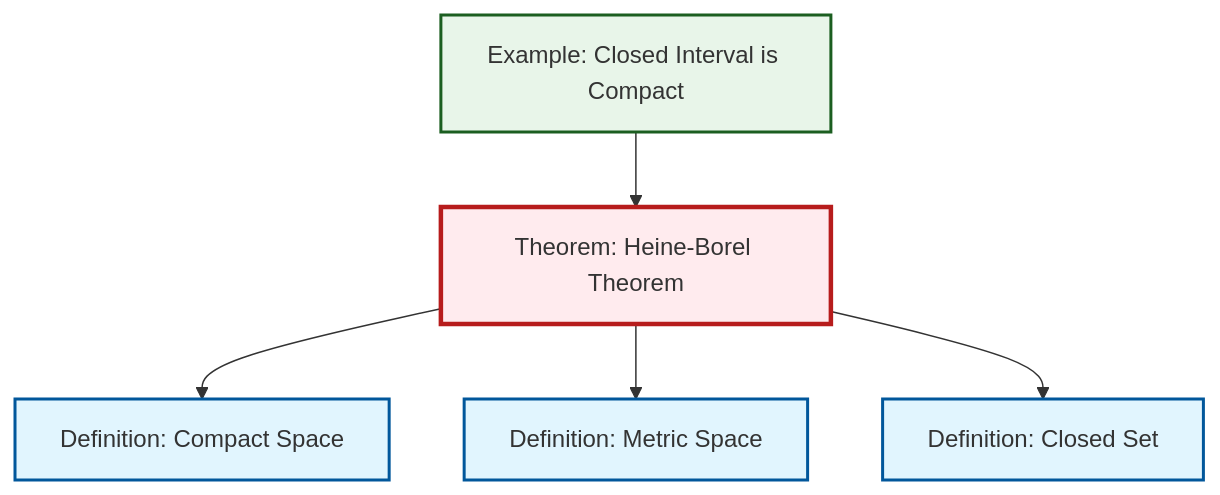
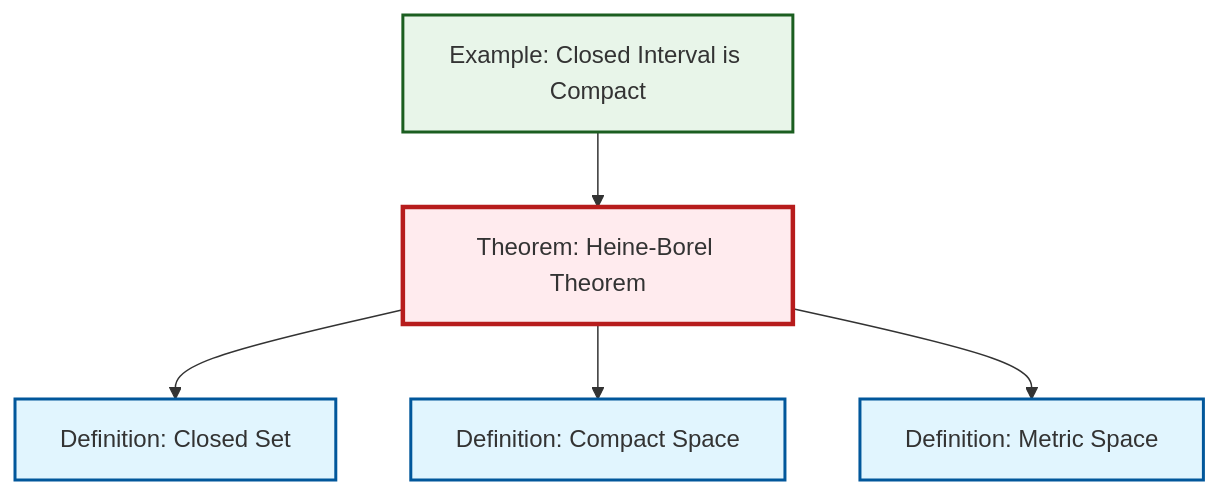
One commit to RK0429/ModernMath changed the diagram in content/en/topology/thm-heine-borel.qmd. Above: the diagram before and after it, drawn with Mermaid. The commit also changed other lines of this file and 554 other files, not shown here.

````diff
--- a/content/en/topology/thm-heine-borel.qmd
+++ b/content/en/topology/thm-heine-borel.qmd
@@ -46,23 +46,23 @@
 ```{mermaid}
 %%| fig-cap: "Local dependency graph"
 graph TD
     classDef definition fill:#e1f5fe,stroke:#01579b,stroke-width:2px
     classDef theorem fill:#f3e5f5,stroke:#4a148c,stroke-width:2px
     classDef axiom fill:#fff3e0,stroke:#e65100,stroke-width:2px
     classDef example fill:#e8f5e9,stroke:#1b5e20,stroke-width:2px
     classDef current fill:#ffebee,stroke:#b71c1c,stroke-width:3px
+    thm-heine-borel["Theorem: Heine-Borel Theorem"]:::theorem
+    def-compact["Definition: Compact Space"]:::definition
+    def-closed-set["Definition: Closed Set"]:::definition
     def-metric-space["Definition: Metric Space"]:::definition
-    def-compact["Definition: Compact Space"]:::definition
     ex-closed-interval-compact["Example: Closed Interval is Compact"]:::example
-    def-closed-set["Definition: Closed Set"]:::definition
-    thm-heine-borel["Theorem: Heine-Borel Theorem"]:::theorem
     ex-closed-interval-compact --> thm-heine-borel
+    thm-heine-borel --> def-closed-set
     thm-heine-borel --> def-compact
     thm-heine-borel --> def-metric-space
-    thm-heine-borel --> def-closed-set
     class thm-heine-borel current
+    click def-compact "def-compact.html" "Go to Compact Space definition"
+    click def-closed-set "def-closed-set.html" "Go to Closed Set definition"
     click def-metric-space "def-metric-space.html" "Go to Metric Space definition"
-    click def-compact "def-compact.html" "Go to Compact Space definition"
     click ex-closed-interval-compact "ex-closed-interval-compact.html" "Go to Closed Interval is Compact example"
-    click def-closed-set "def-closed-set.html" "Go to Closed Set definition"
 ```
````
